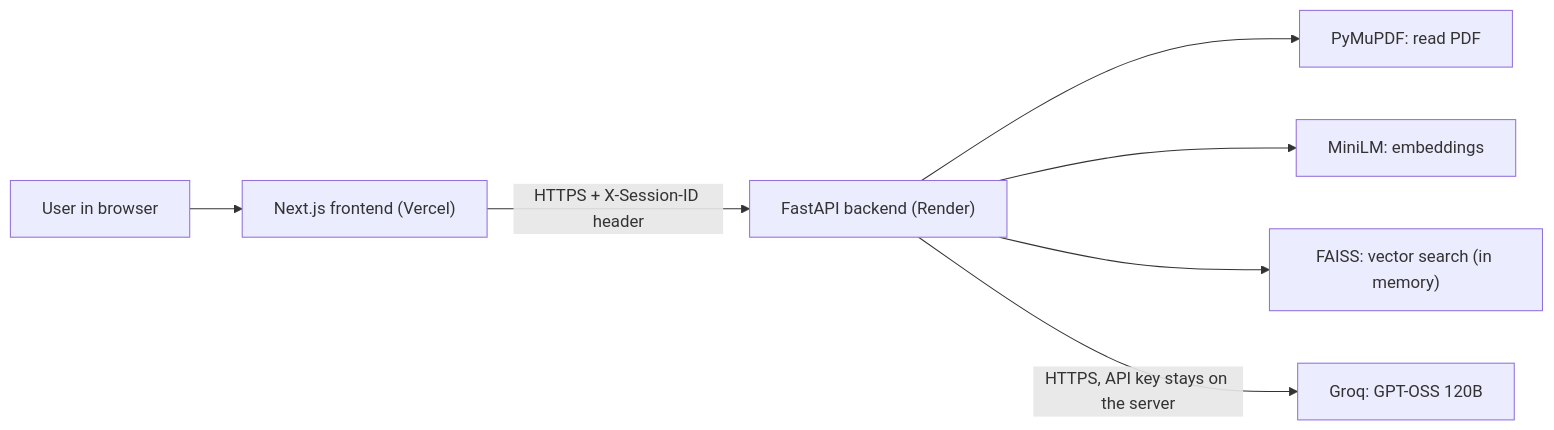
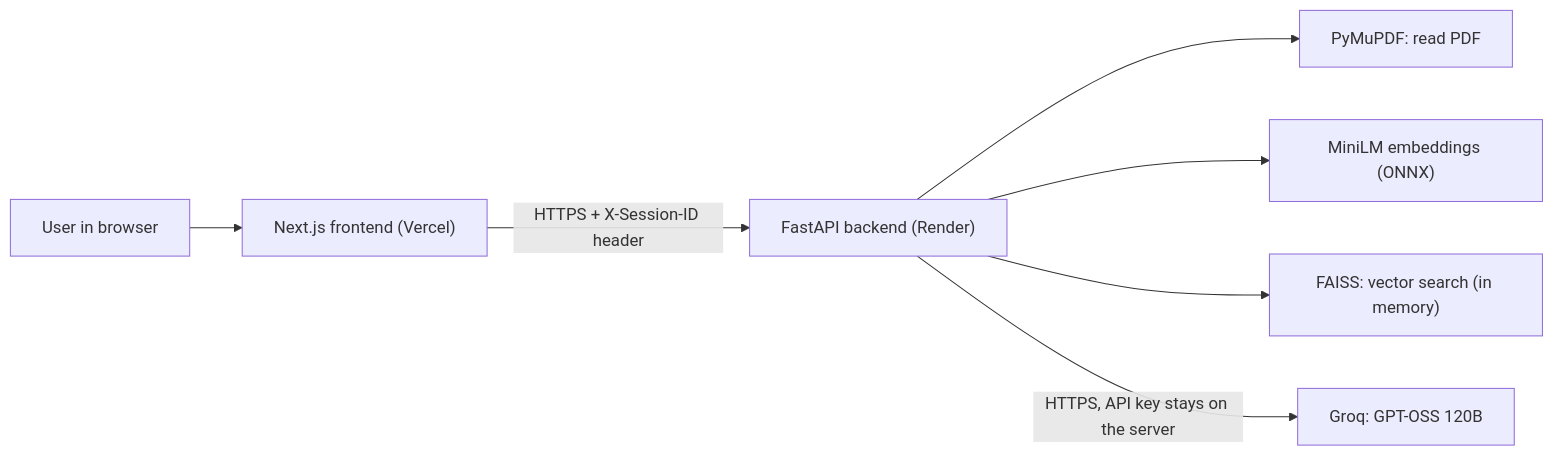
Before and after one commit to Siddhesh842000/RAG-Chatbot: the first of 3 diagrams in README.md, drawn with Mermaid. The commit also changed other lines of this file, not shown here.

Commit message:
Update README: live links, ONNX, deployment and troubleshooting

````diff
--- a/README.md
+++ b/README.md
@@ -110,9 +113,9 @@
 ```mermaid
 flowchart LR
     U["User in browser"] --> FE["Next.js frontend (Vercel)"]
     FE -- "HTTPS + X-Session-ID header" --> BE["FastAPI backend (Render)"]
     BE --> PDF["PyMuPDF: read PDF"]
-    BE --> EMB["MiniLM: embeddings"]
+    BE --> EMB["MiniLM embeddings (ONNX)"]
     BE --> FA["FAISS: vector search (in memory)"]
     BE -- "HTTPS, API key stays on the server" --> GQ["Groq: GPT-OSS 120B"]
 ```
````
